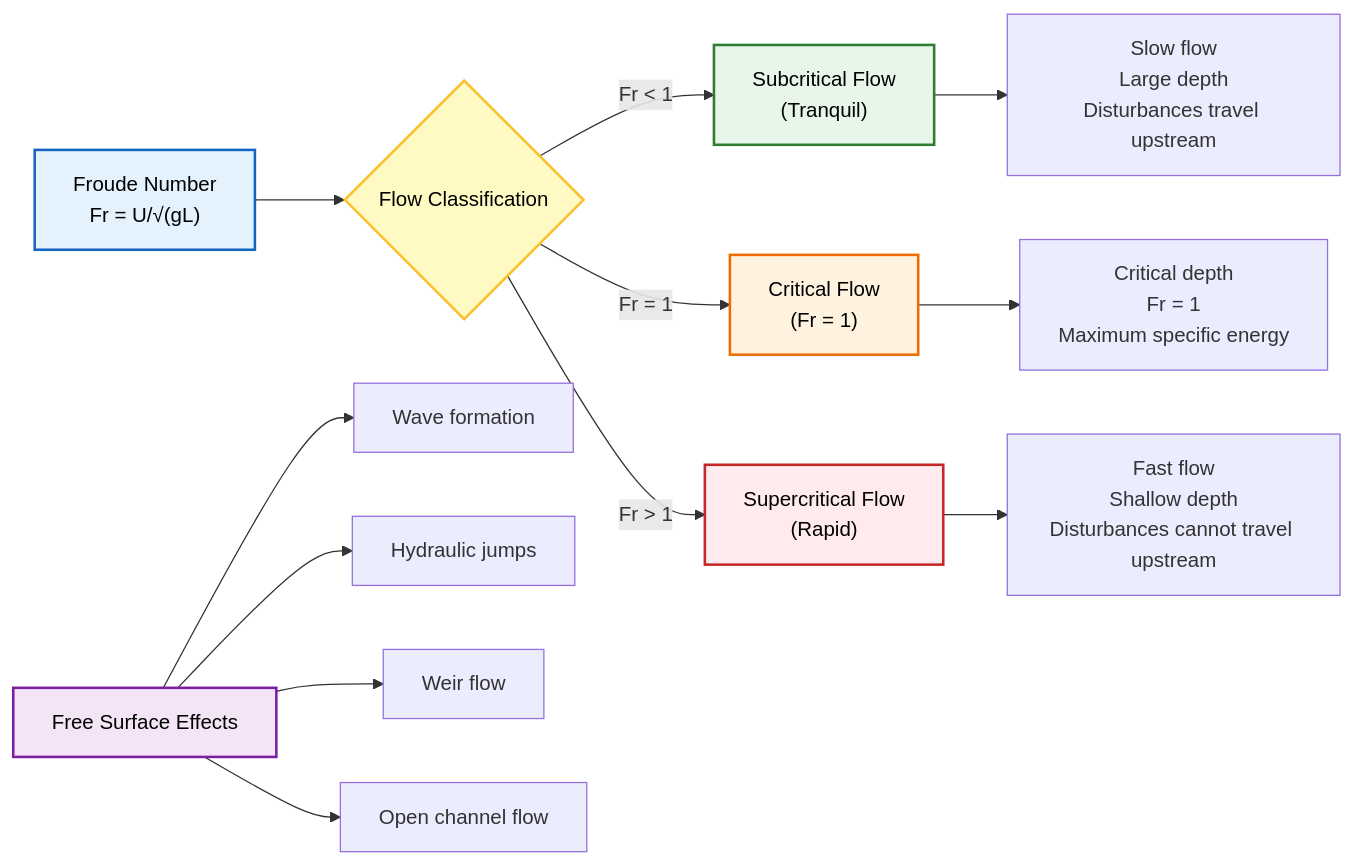
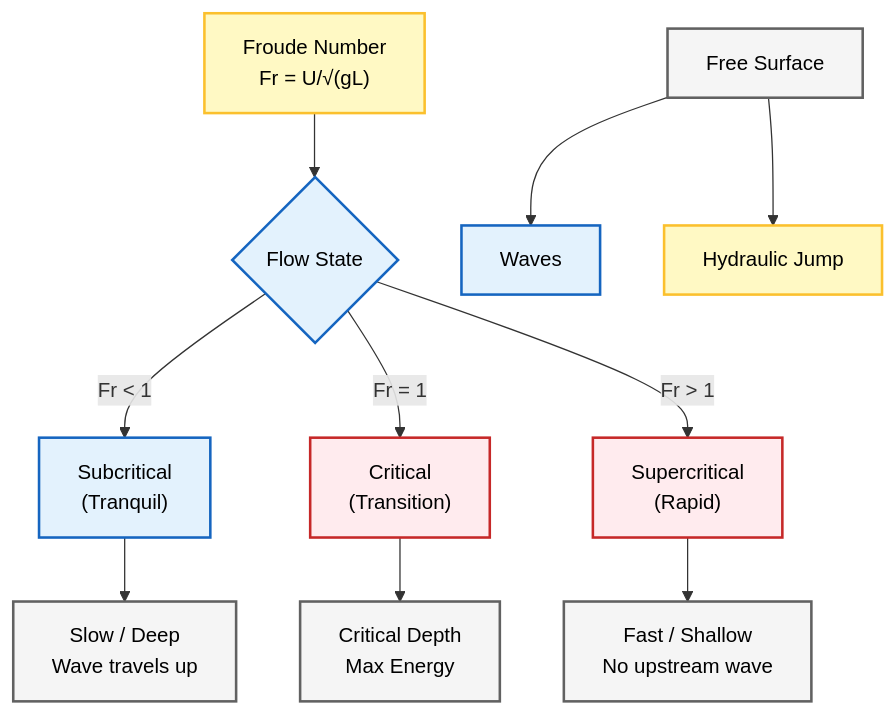
Before and after one commit to wramet/build-my-cfd: the second of 5 diagrams in MODULE_01_CFD_FUNDAMENTALS/CONTENT/01_GOVERNING_EQUATIONS/04_Dimensionless_Numbers.md, drawn with Mermaid. The commit also changed other lines of this file and 313 other files, not shown here.

Commit message:
Revise all diagram

````diff
--- a/MODULE_01_CFD_FUNDAMENTALS/CONTENT/01_GOVERNING_EQUATIONS/04_Dimensionless_Numbers.md
+++ b/MODULE_01_CFD_FUNDAMENTALS/CONTENT/01_GOVERNING_EQUATIONS/04_Dimensionless_Numbers.md
@@ -169,27 +147,19 @@
 ```mermaid
-graph LR
-    A["Froude Number<br/>Fr = U/√(gL)"] --> B{"Flow Classification"}
+graph TD
+A["Froude Number<br/>Fr = U/√(gL)"]:::explicit --> B{"Flow State"}:::implicit
+B -->|Fr < 1| C["Subcritical<br/>(Tranquil)"]:::implicit
+B -->|Fr = 1| D["Critical<br/>(Transition)"]:::volatile
+B -->|Fr > 1| E["Supercritical<br/>(Rapid)"]:::volatile
 
-    B -->|Fr < 1| C["Subcritical Flow<br/>(Tranquil)"]
-    B -->|Fr = 1| D["Critical Flow<br/>(Fr = 1)"]
-    B -->|Fr > 1| E["Supercritical Flow<br/>(Rapid)"]
+C --> F["Slow / Deep<br/>Wave travels up"]:::context
+D --> G["Critical Depth<br/>Max Energy"]:::context
+E --> H["Fast / Shallow<br/>No upstream wave"]:::context
 
-    C --> F["Slow flow<br/>Large depth<br/>Disturbances travel upstream"]
-    D --> G["Critical depth<br/>Fr = 1<br/>Maximum specific energy"]
-    E --> H["Fast flow<br/>Shallow depth<br/>Disturbances cannot travel upstream"]
+I["Free Surface"]:::context --> J["Waves"]:::implicit
+I --> K["Hydraulic Jump"]:::explicit
 
-    I["Free Surface Effects"] --> J["Wave formation"]
-    I --> K["Hydraulic jumps"]
-    I --> L["Weir flow"]
-    I --> M["Open channel flow"]
-
-    style A fill:#e3f2fd,stroke:#1565c0,stroke-width:2px,color:#000
-    style B fill:#fff9c4,stroke:#fbc02d,stroke-width:2px,color:#000
-    style C fill:#e8f5e9,stroke:#2e7d32,stroke-width:2px,color:#000
-    style D fill:#fff3e0,stroke:#ef6c00,stroke-width:2px,color:#000
-    style E fill:#ffebee,stroke:#c62828,stroke-width:2px,color:#000
-    style I fill:#f3e5f5,stroke:#7b1fa2,stroke-width:2px,color:#000
-    classDef process fill:#e3f2fd,stroke:#1565c0,stroke-width:2px,color:#000
-    classDef decision fill:#fff9c4,stroke:#fbc02d,stroke-width:2px,color:#000
-    classDef storage fill:#e8f5e9,stroke:#2e7d32,stroke-width:2px,color:#000
+classDef context fill:#f5f5f5,stroke:#616161,stroke-width:2px,color:#000;
+classDef implicit fill:#e3f2fd,stroke:#1565c0,stroke-width:2px,color:#000;
+classDef explicit fill:#fff9c4,stroke:#fbc02d,stroke-width:2px,color:#000;
+classDef volatile fill:#ffebee,stroke:#c62828,stroke-width:2px,color:#000;
 ```
````
